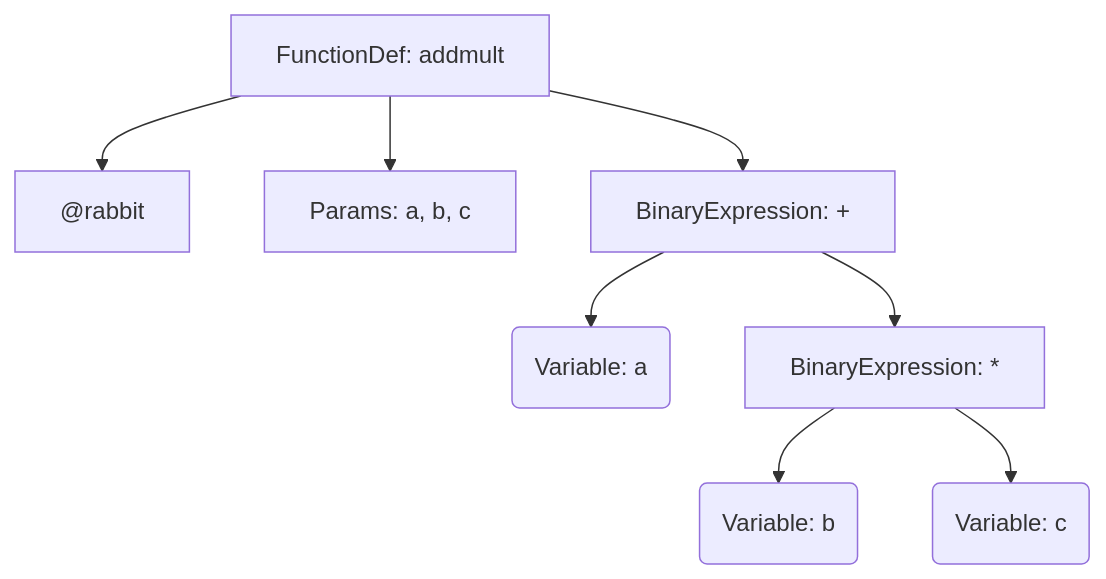
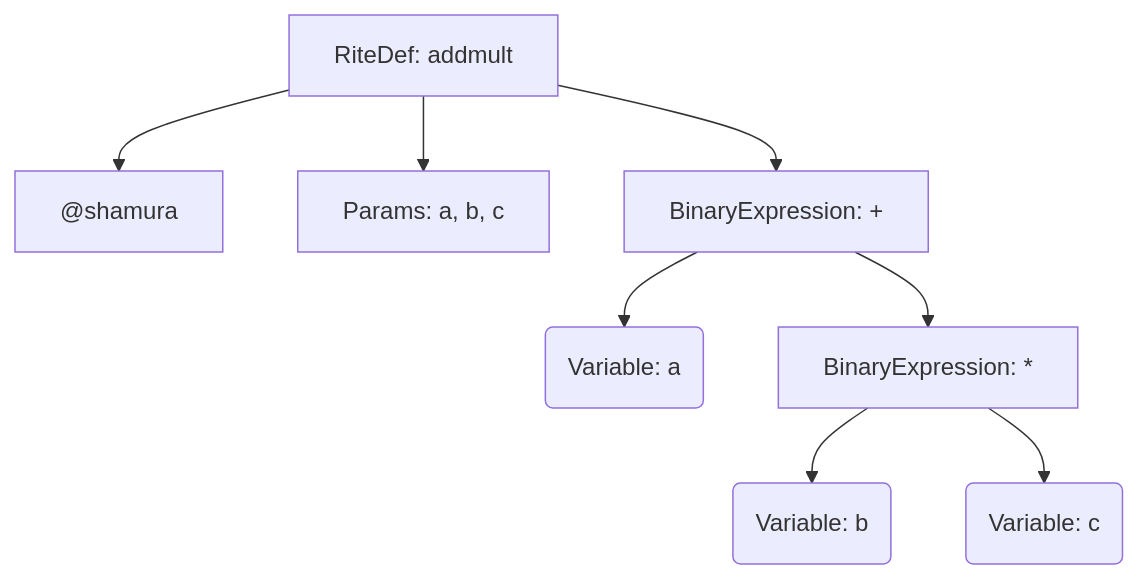
The third of 3 diagrams in documentation/parser.md (EduLoboM/OldFaith), drawn with Mermaid before and after one commit. The commit also changed other lines of this file and 14 other files, not shown here.

````diff
--- a/documentation/parser.md
+++ b/documentation/parser.md
@@ -41,31 +41,31 @@
 ```mermaid
 graph TD
 
-    %% 1. A Raiz (A Função)
-    Func[FunctionDef: addmult]:::root
+    %% 1. A Raiz (O Rito)
+    Func[RiteDef: addmult]:::root
 
     %% 2. O Atributo (A GRANDE MUDANÇA)
     %% Visualmente, é uma etiqueta ligada à definição
-    TagRabbit["@rabbit"]:::attr
+    TagRabbit["@shamura"]:::attr
     Func --> TagRabbit
 
     %% 3. Metadados normais
     Params[Params: a, b, c]:::meta
     Func --> Params
 
     %% 4. O Corpo (Idêntico ao anterior)
     RootPlus[BinaryExpression: +]:::op
     Func --> RootPlus
 
     %% 5. A Matemática
     VarA(Variable: a):::var
     RootPlus --> VarA
 
     SubMult[BinaryExpression: *]:::op
     RootPlus --> SubMult
 
     VarB(Variable: b):::var
     VarC(Variable: c):::var
     SubMult --> VarB
     SubMult --> VarC
 ```
````
